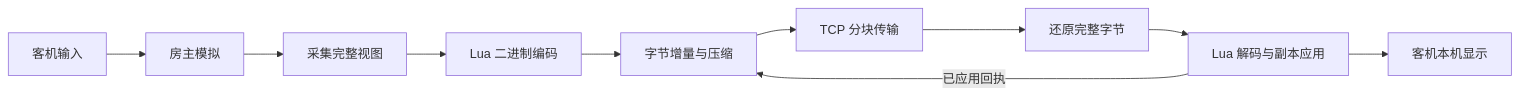
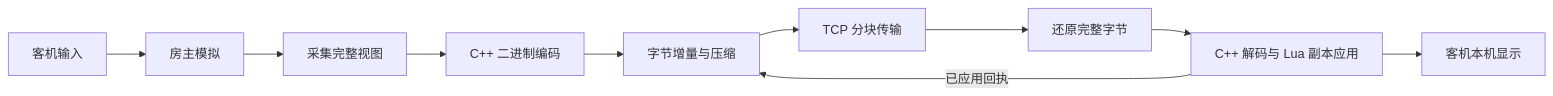
Before and after one commit to BMingSY/isaac-lan: the diagram in docs/synchronization.md, drawn with Mermaid. The commit also changed other lines of this file and 24 other files, not shown here.

````diff
--- a/docs/synchronization.md
+++ b/docs/synchronization.md
@@ -7,12 +7,12 @@
 ```mermaid
 flowchart LR
     I[客机输入] --> H[房主模拟]
     H --> C[采集完整视图]
-    C --> E[Lua 二进制编码]
+    C --> E[C++ 二进制编码]
     E --> D[字节增量与压缩]
     D --> T[TCP 分块传输]
     T --> R[还原完整字节]
-    R --> A[Lua 解码与副本应用]
+    R --> A[C++ 解码与 Lua 副本应用]
     A --> P[客机本机显示]
     A -->|已应用回执| D
 ```
````
